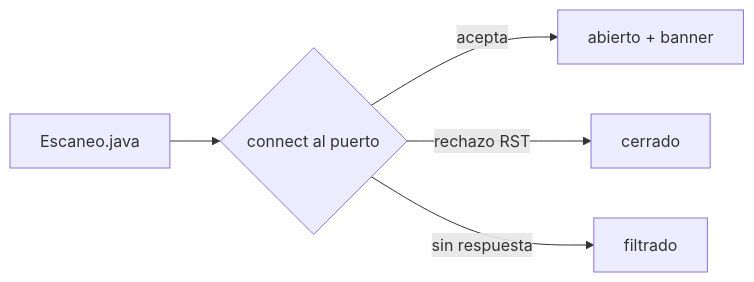
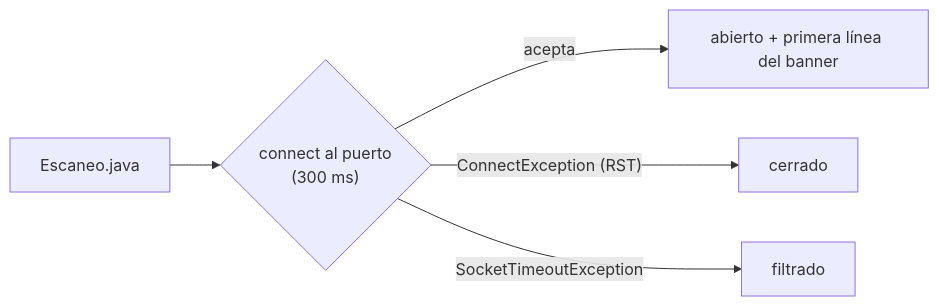
The sixth of 6 diagrams in web/public/content/seguridad/modulo-1.md (NICORUIZ93/The_Imperial_Book), drawn with Mermaid before and after one commit. The commit also changed other lines of this file and 2 other files, not shown here.

First line of the commit message:
Seguridad, Módulo 1: DevSecOps con herramientas propias en Java 25

````diff
--- a/web/public/content/seguridad/modulo-1.md
+++ b/web/public/content/seguridad/modulo-1.md
@@ -403,7 +1990,7 @@
 ```mermaid
 flowchart LR
-    E[Escaneo.java] --> P{connect al puerto}
-    P -- acepta --> A[abierto + banner]
-    P -- rechazo RST --> C[cerrado]
-    P -- sin respuesta --> F[filtrado]
+    E["Escaneo.java"] --> P{"connect al puerto<br/>(300 ms)"}
+    P -- "acepta" --> A["abierto + primera línea del banner"]
+    P -- "ConnectException (RST)" --> C["cerrado"]
+    P -- "SocketTimeoutException" --> F["filtrado"]
 ```
````
